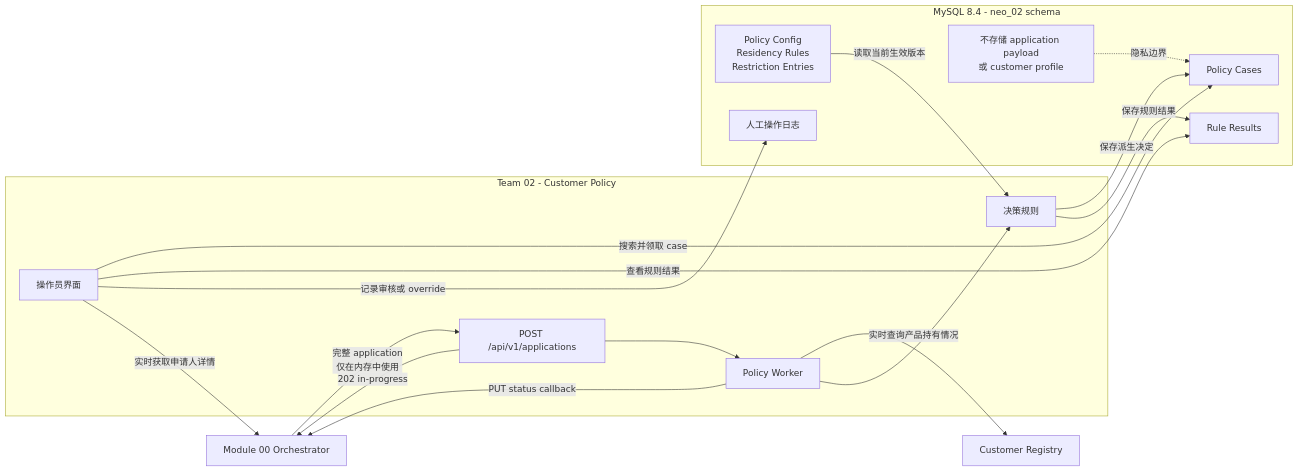
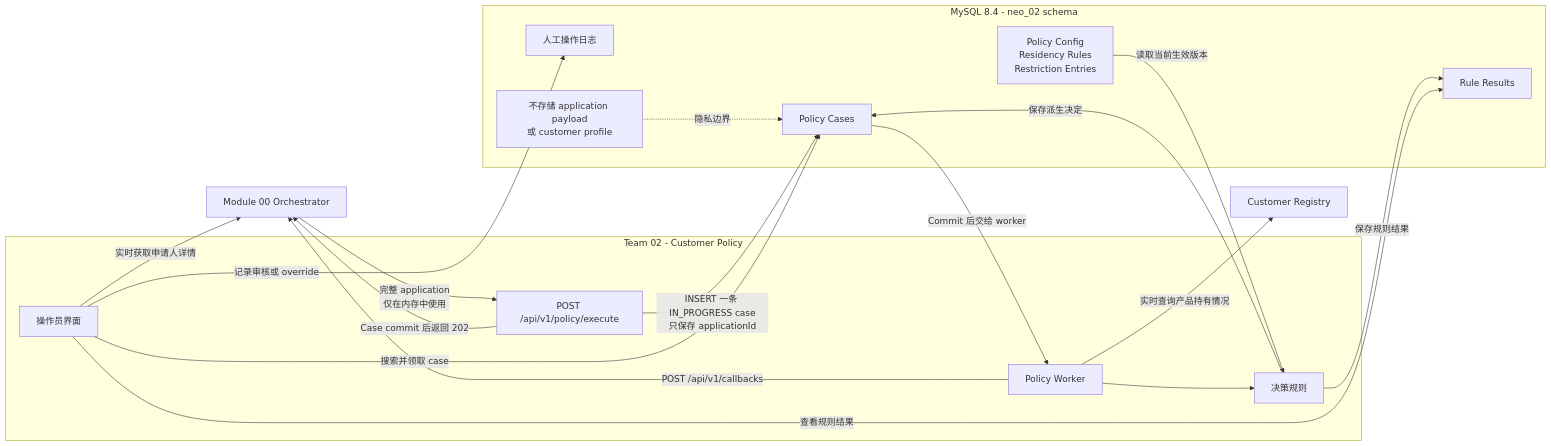
The second of 2 diagrams in docs/schema-design.zh-CN.md (Neueda-Learning/neo-02), drawn with Mermaid before and after one commit. The commit also changed other lines of this file and 1 other file, not shown here.

Commit message:
docs: align schema contract with v5 brief

````diff
--- a/docs/schema-design.zh-CN.md
+++ b/docs/schema-design.zh-CN.md
@@ -187,38 +199,39 @@
 ```mermaid
 flowchart LR
     ORCH["Module 00 Orchestrator"]
     REGISTRY["Customer Registry"]
 
     subgraph SERVICE["Team 02 - Customer Policy"]
-        API["POST /api/v1/applications"]
+        API["POST /api/v1/policy/execute"]
         WORKER["Policy Worker"]
         ENGINE["决策规则"]
         UI["操作员界面"]
     end
 
     subgraph DATABASE["MySQL 8.4 - neo_02 schema"]
         CONFIG["Policy Config<br/>Residency Rules<br/>Restriction Entries"]
         CASES["Policy Cases"]
         RESULTS["Rule Results"]
         ACTIONS["人工操作日志"]
         BOUNDARY["不存储 application payload<br/>或 customer profile"]
     end
 
     ORCH -- "完整 application<br/>仅在内存中使用" --> API
-    API -- "202 in-progress" --> ORCH
-    API --> WORKER
+    API -- "INSERT 一条 IN_PROGRESS case<br/>只保存 applicationId" --> CASES
+    CASES -- "Commit 后交给 worker" --> WORKER
+    API -- "Case commit 后返回 202" --> ORCH
 
     WORKER -- "实时查询产品持有情况" --> REGISTRY
     WORKER --> ENGINE
     CONFIG -- "读取当前生效版本" --> ENGINE
     ENGINE -- "保存派生决定" --> CASES
     ENGINE -- "保存规则结果" --> RESULTS
-    WORKER -- "PUT status callback" --> ORCH
+    WORKER -- "POST /api/v1/callbacks" --> ORCH
 
     UI -- "搜索并领取 case" --> CASES
     UI -- "查看规则结果" --> RESULTS
     UI -- "记录审核或 override" --> ACTIONS
     UI -- "实时获取申请人详情" --> ORCH
 
     BOUNDARY -. "隐私边界" .-> CASES
 ```
````
